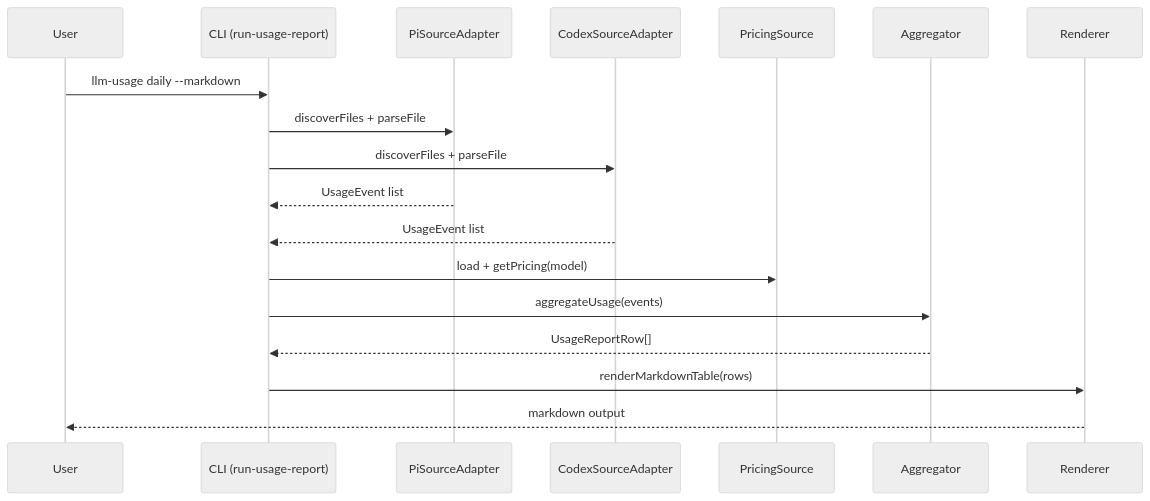
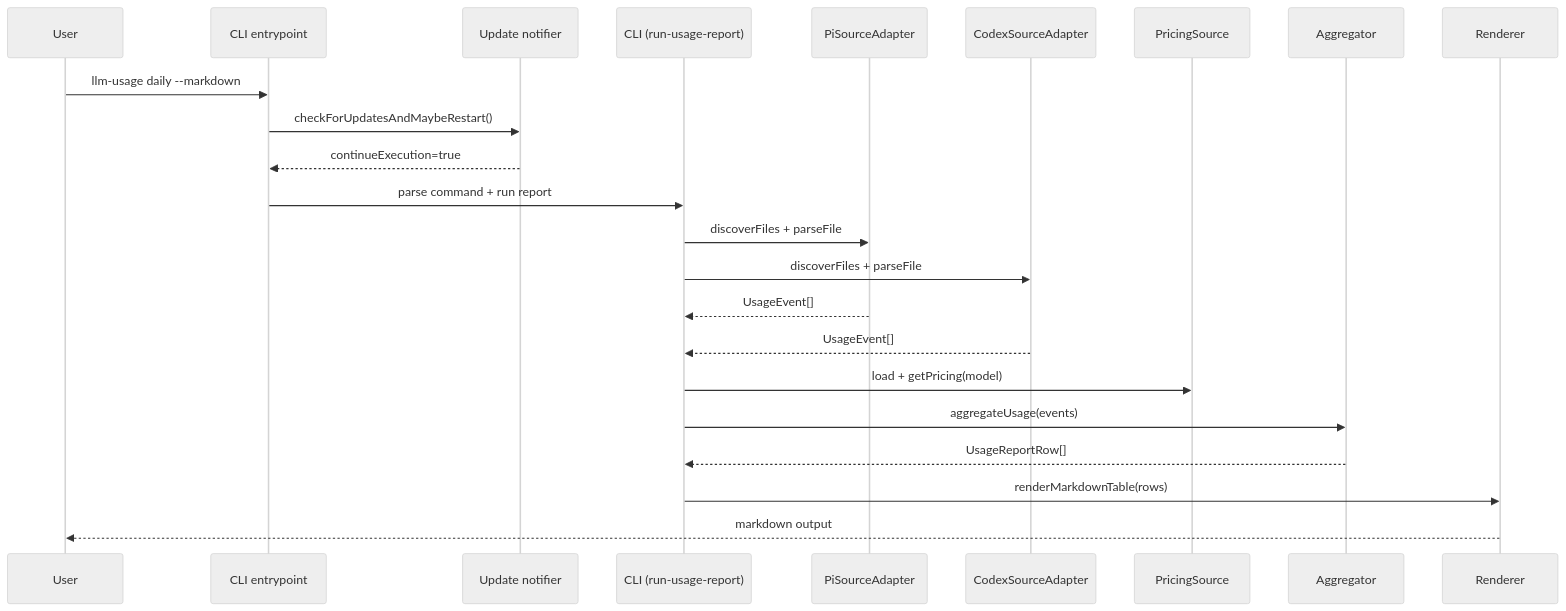
Before and after one commit to ben-vargas/ai-llm-usage-metrics: the second of 3 diagrams in docs/architecture.md, drawn with Mermaid (neutral theme). The commit also changed other lines of this file and 2 other files, not shown here.

Commit message:
docs(update): document notifier behavior and runtime flow

````diff
--- a/docs/architecture.md
+++ b/docs/architecture.md
@@ -26,21 +30,26 @@
 ```mermaid
 sequenceDiagram
     participant User
+    participant Entry as CLI entrypoint
+    participant UP as Update notifier
     participant CLI as CLI (run-usage-report)
     participant PI as PiSourceAdapter
     participant CX as CodexSourceAdapter
     participant PR as PricingSource
     participant AG as Aggregator
     participant RD as Renderer
 
-    User->>CLI: llm-usage daily --markdown
+    User->>Entry: llm-usage daily --markdown
+    Entry->>UP: checkForUpdatesAndMaybeRestart()
+    UP-->>Entry: continueExecution=true
+    Entry->>CLI: parse command + run report
     CLI->>PI: discoverFiles + parseFile
     CLI->>CX: discoverFiles + parseFile
-    PI-->>CLI: UsageEvent list
-    CX-->>CLI: UsageEvent list
+    PI-->>CLI: UsageEvent[]
+    CX-->>CLI: UsageEvent[]
     CLI->>PR: load + getPricing(model)
     CLI->>AG: aggregateUsage(events)
     AG-->>CLI: UsageReportRow[]
     CLI->>RD: renderMarkdownTable(rows)
     RD-->>User: markdown output
 ```
````
